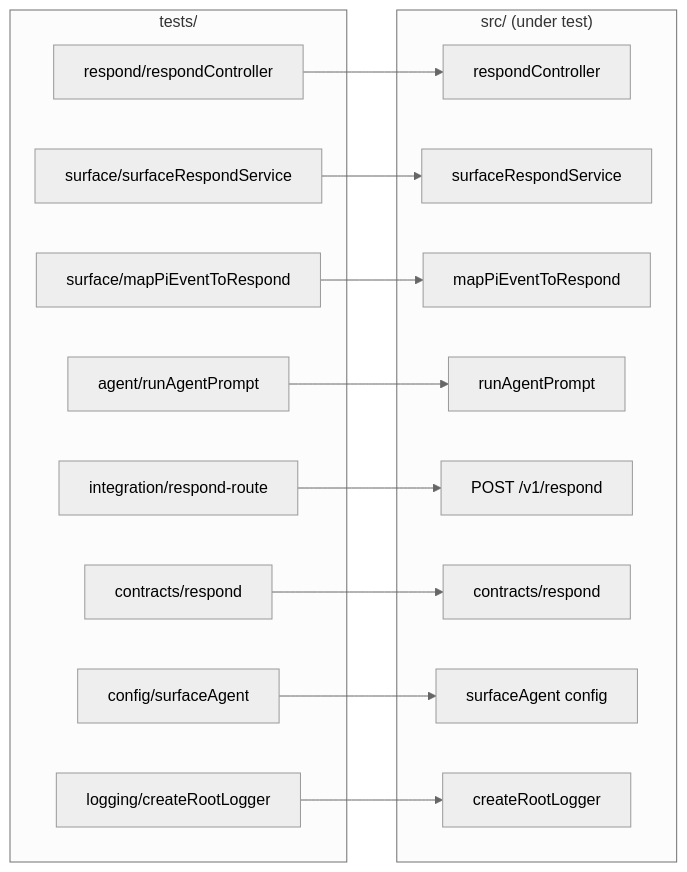
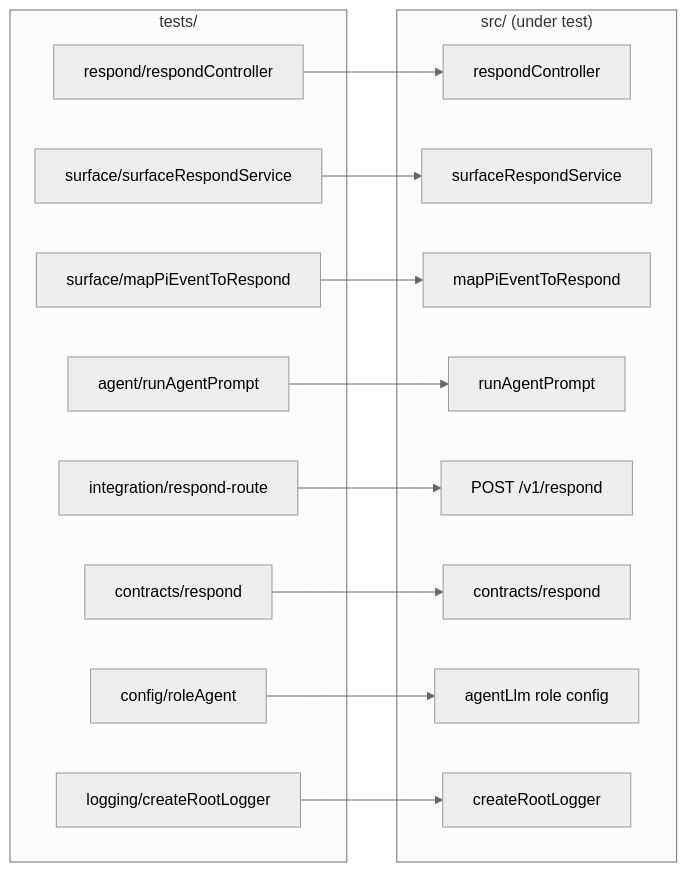
The diagram in docs/repo-flow/05-test-layout.mmd (txchin0/pi-llm), drawn with Mermaid (neutral theme) before and after one commit. The commit also changed 43 other files, not shown here.

First line of the commit message:
Consolidate role agent config and require explicit dependency wiring.

```diff
--- a/docs/repo-flow/05-test-layout.mmd
+++ b/docs/repo-flow/05-test-layout.mmd
@@ -1,32 +1,32 @@
 flowchart LR
   %% Tests mirror src/
   subgraph tests["tests/"]
     T1["respond/respondController"]
     T2["surface/surfaceRespondService"]
     T3["surface/mapPiEventToRespond"]
     T4["agent/runAgentPrompt"]
     T5["integration/respond-route"]
     T6["contracts/respond"]
-    T7["config/surfaceAgent"]
+    T7["config/roleAgent"]
     T8["logging/createRootLogger"]
   end
 
   subgraph src["src/ (under test)"]
     S1["respondController"]
     S2["surfaceRespondService"]
     S3["mapPiEventToRespond"]
     S4["runAgentPrompt"]
     S5["POST /v1/respond"]
     S6["contracts/respond"]
-    S7["surfaceAgent config"]
+    S7["agentLlm role config"]
     S8["createRootLogger"]
   end
 
   T1 --> S1
   T2 --> S2
   T3 --> S3
   T4 --> S4
   T5 --> S5
   T6 --> S6
   T7 --> S7
   T8 --> S8
```
